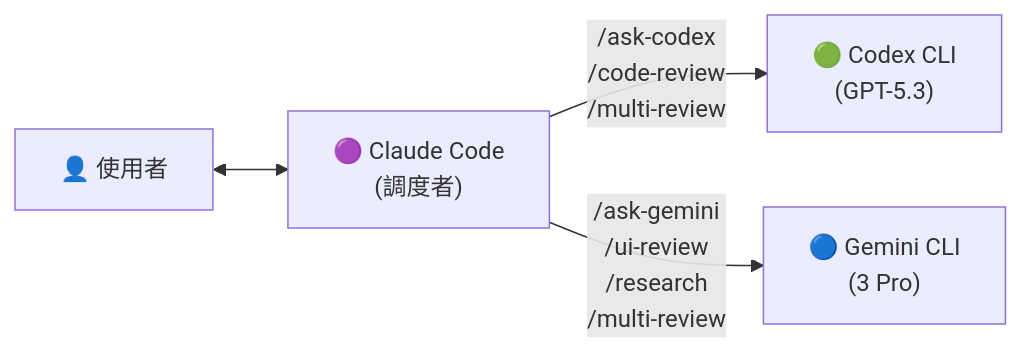
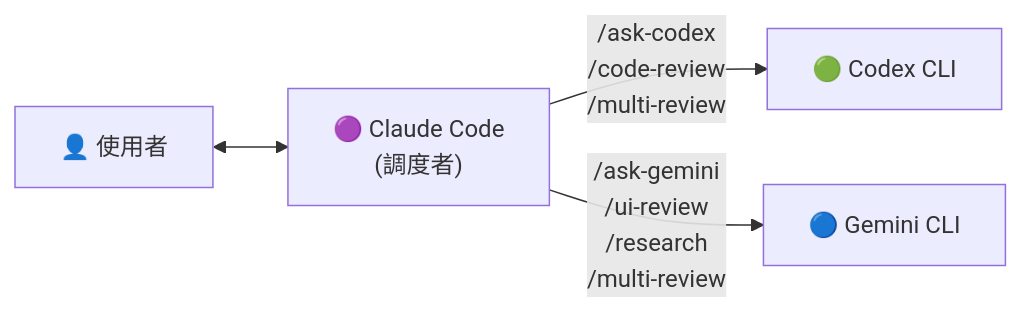
The diagram in README.zh-TW.md (tznthou/claude-prism), drawn with Mermaid before and after one commit. The commit also changed other lines of this file and 10 other files, not shown here.

````diff
--- a/README.zh-TW.md
+++ b/README.zh-TW.md
@@ -99,6 +99,6 @@
 ```mermaid
 flowchart LR
     User["👤 使用者"] <--> Claude["🟣 Claude Code\n(調度者)"]
-    Claude -->|"/ask-codex\n/code-review\n/multi-review"| Codex["🟢 Codex CLI\n(GPT-5.3)"]
-    Claude -->|"/ask-gemini\n/ui-review\n/research\n/multi-review"| Gemini["🔵 Gemini CLI\n(3 Pro)"]
+    Claude -->|"/ask-codex\n/code-review\n/multi-review"| Codex["🟢 Codex CLI"]
+    Claude -->|"/ask-gemini\n/ui-review\n/research\n/multi-review"| Gemini["🔵 Gemini CLI"]
 ```
````
